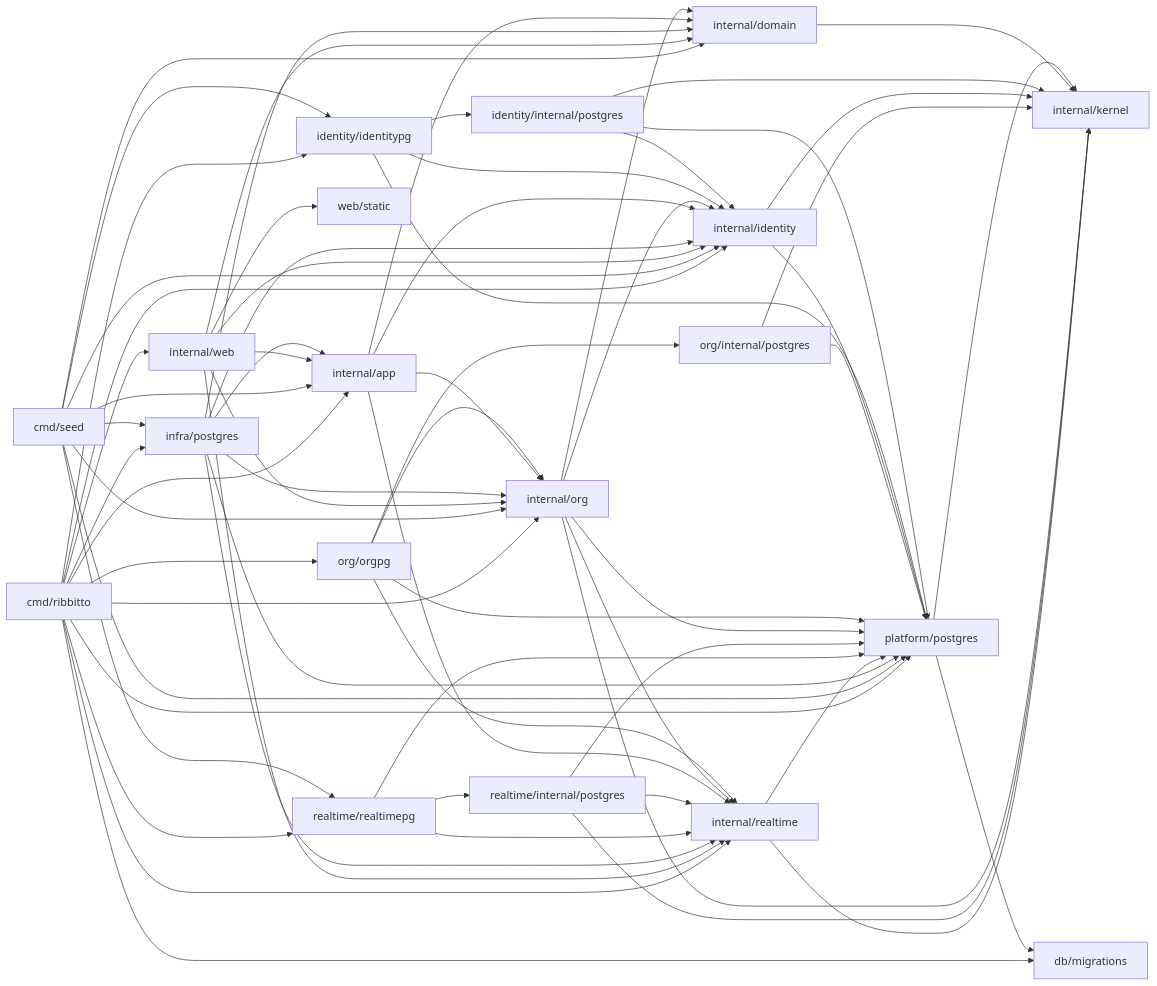
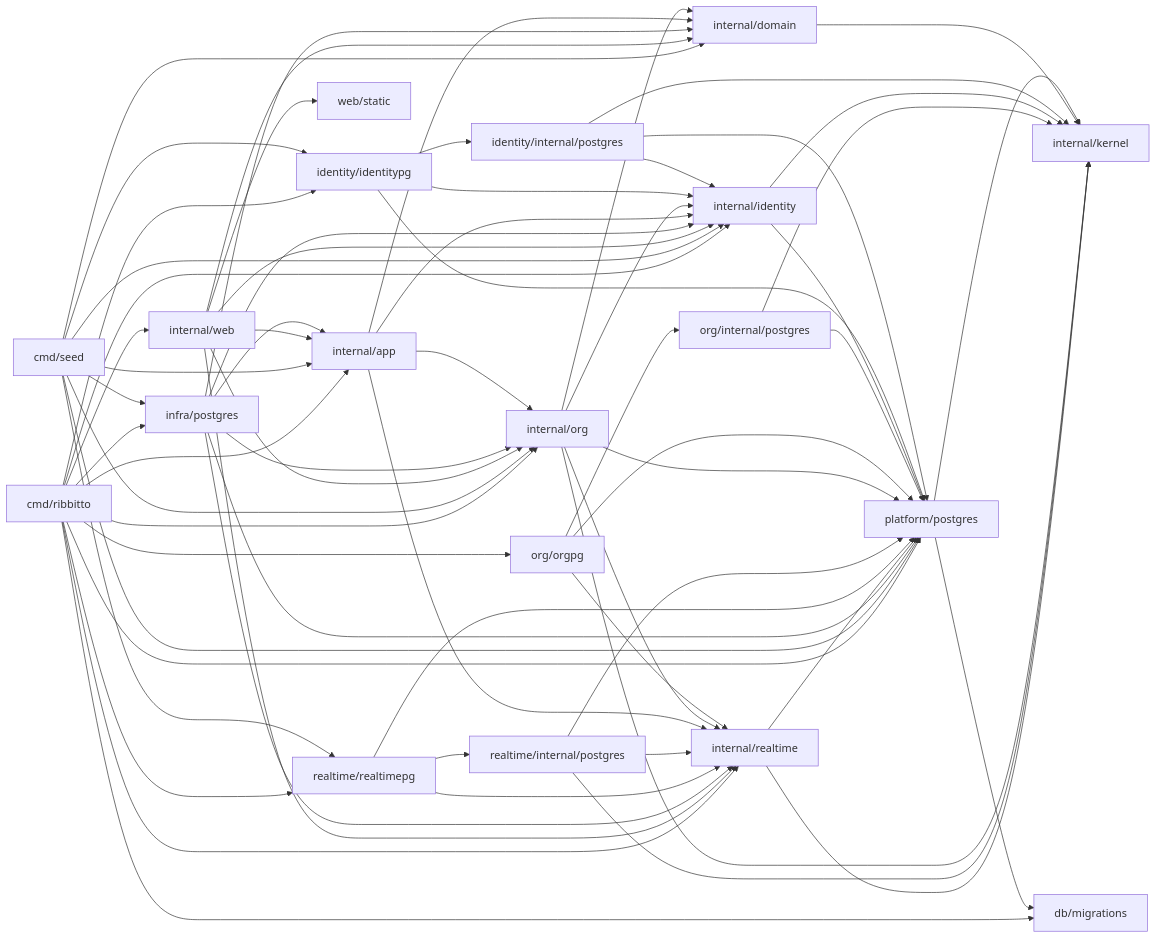
Before and after one commit to tkakkie/ribbitto: the diagram in docs/architecture/packages.md, drawn with Mermaid.

Commit message:
docs(org): orgpg imports only its store, platform and realtime
orgpg does not import org's root, which decision 26 allows but does not
require; the package diagram now shows its actual imports.

````diff
--- a/docs/architecture/packages.md
+++ b/docs/architecture/packages.md
@@ -66,19 +66,19 @@
 ```mermaid
 flowchart LR
   cmd[cmd/ribbitto] --> web & app & org & orgpg[org/orgpg] & identity & identitypg[identity/identitypg] & realtimepg & postgres[infra/postgres] & realtime & platform[platform/postgres] & migrations[db/migrations]
   seed[cmd/seed] --> app & org & identity & identitypg & realtimepg & postgres & platform & domain
   web[internal/web] --> app & org & identity & domain & realtime & static[web/static]
   postgres --> app & org & identity & domain & platform & realtime
   realtime[internal/realtime] --> kernel & platform
   realtimepg[realtime/realtimepg] --> realtime & rstore[realtime/internal/postgres] & platform
   rstore --> realtime & platform & kernel
   app[internal/app] --> org & identity & realtime & domain[internal/domain]
   org[internal/org] --> identity & realtime & domain & kernel & platform
-  orgpg --> org & ostore[org/internal/postgres] & platform & realtime
+  orgpg --> ostore[org/internal/postgres] & platform & realtime
   ostore --> platform & kernel
   identity[internal/identity] --> kernel & platform
   identitypg --> identity & store[identity/internal/postgres] & platform
   store --> identity & platform & kernel
   domain --> kernel[internal/kernel]
   platform --> kernel & migrations
 ```
````
